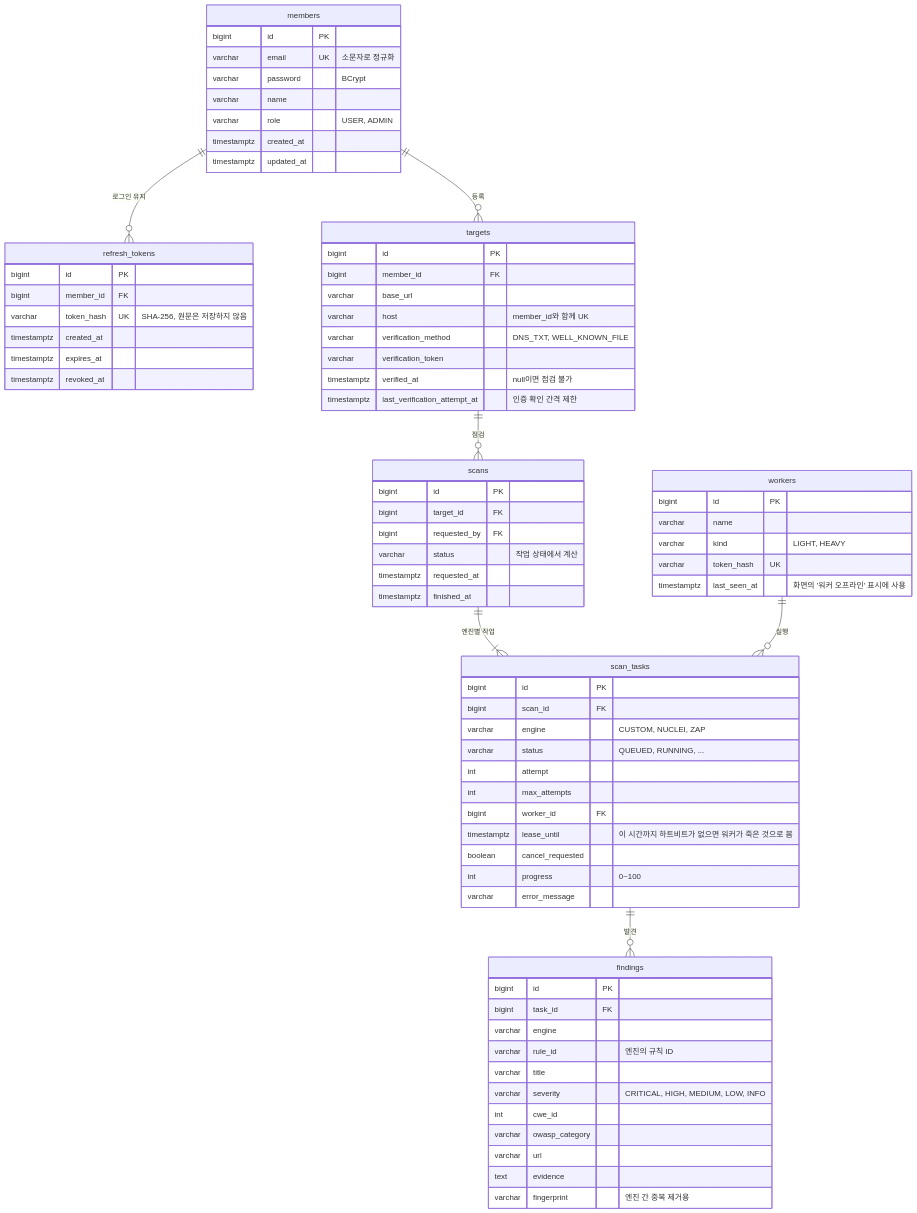
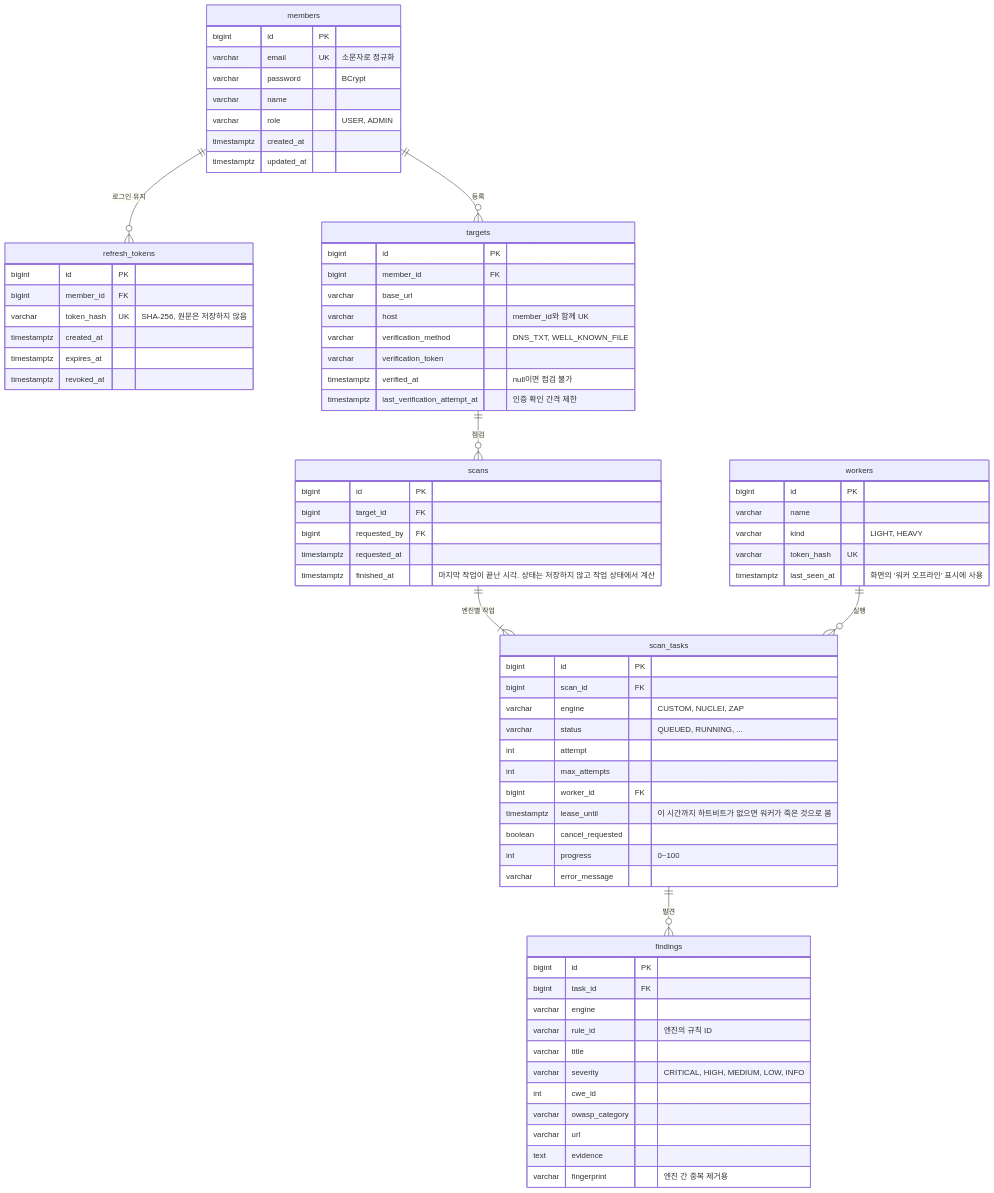
One commit to khj0317/ScanMesh changed the second of 3 diagrams in docs/design.md. Above: the diagram before and after it, drawn with Mermaid. The commit also changed other lines of this file and 52 other files, not shown here.

````diff
--- a/docs/design.md
+++ b/docs/design.md
@@ -33,78 +33,77 @@
 ```mermaid
 erDiagram
     members ||--o{ refresh_tokens : "로그인 유지"
     members ||--o{ targets : "등록"
     targets ||--o{ scans : "점검"
     scans ||--|{ scan_tasks : "엔진별 작업"
     scan_tasks ||--o{ findings : "발견"
     workers ||--o{ scan_tasks : "실행"
 
     members {
         bigint id PK
         varchar email UK "소문자로 정규화"
         varchar password "BCrypt"
         varchar name
         varchar role "USER, ADMIN"
         timestamptz created_at
         timestamptz updated_at
     }
     refresh_tokens {
         bigint id PK
         bigint member_id FK
         varchar token_hash UK "SHA-256, 원문은 저장하지 않음"
         timestamptz created_at
         timestamptz expires_at
         timestamptz revoked_at
     }
     targets {
         bigint id PK
         bigint member_id FK
         varchar base_url
         varchar host "member_id와 함께 UK"
         varchar verification_method "DNS_TXT, WELL_KNOWN_FILE"
         varchar verification_token
         timestamptz verified_at "null이면 점검 불가"
         timestamptz last_verification_attempt_at "인증 확인 간격 제한"
     }
     scans {
         bigint id PK
         bigint target_id FK
         bigint requested_by FK
-        varchar status "작업 상태에서 계산"
         timestamptz requested_at
-        timestamptz finished_at
+        timestamptz finished_at "마지막 작업이 끝난 시각. 상태는 저장하지 않고 작업 상태에서 계산"
     }
     scan_tasks {
         bigint id PK
         bigint scan_id FK
         varchar engine "CUSTOM, NUCLEI, ZAP"
         varchar status "QUEUED, RUNNING, ..."
         int attempt
         int max_attempts
         bigint worker_id FK
         timestamptz lease_until "이 시간까지 하트비트가 없으면 워커가 죽은 것으로 봄"
         boolean cancel_requested
         int progress "0~100"
         varchar error_message
     }
     findings {
         bigint id PK
         bigint task_id FK
         varchar engine
         varchar rule_id "엔진의 규칙 ID"
         varchar title
         varchar severity "CRITICAL, HIGH, MEDIUM, LOW, INFO"
         int cwe_id
         varchar owasp_category
         varchar url
         text evidence
         varchar fingerprint "엔진 간 중복 제거용"
     }
     workers {
         bigint id PK
         varchar name
         varchar kind "LIGHT, HEAVY"
         varchar token_hash UK
         timestamptz last_seen_at "화면의 '워커 오프라인' 표시에 사용"
     }
 ```
````
